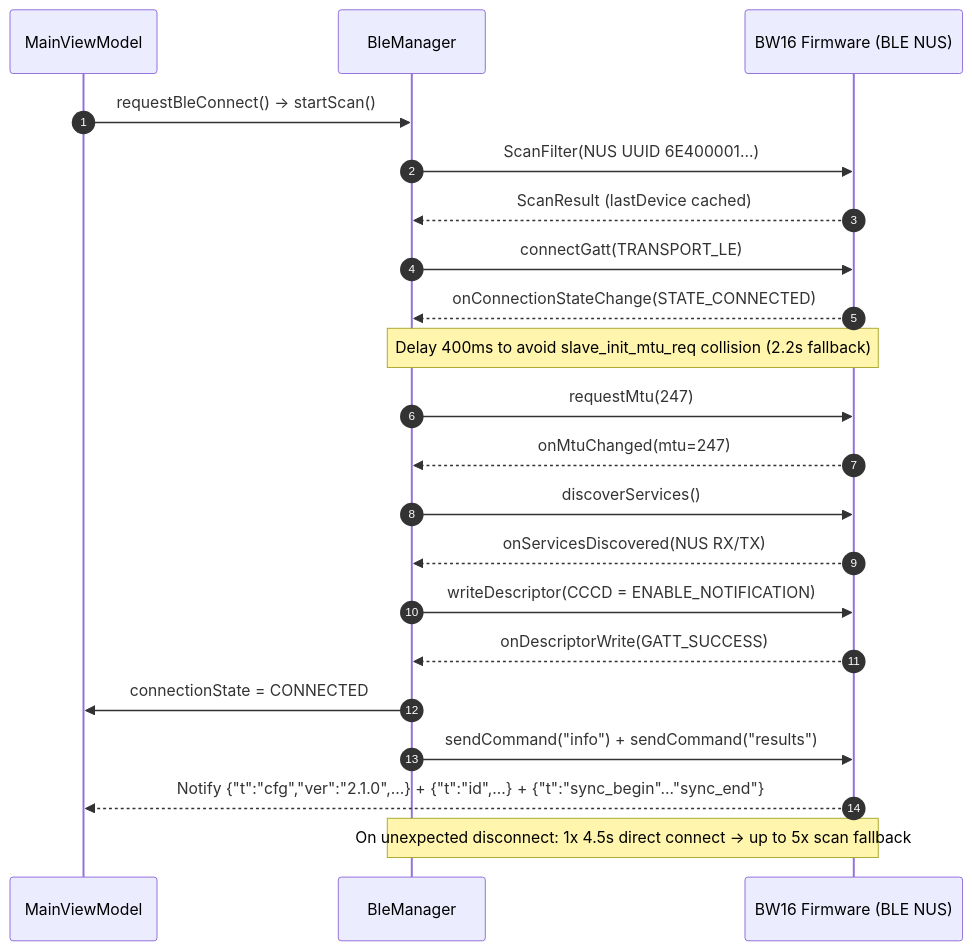
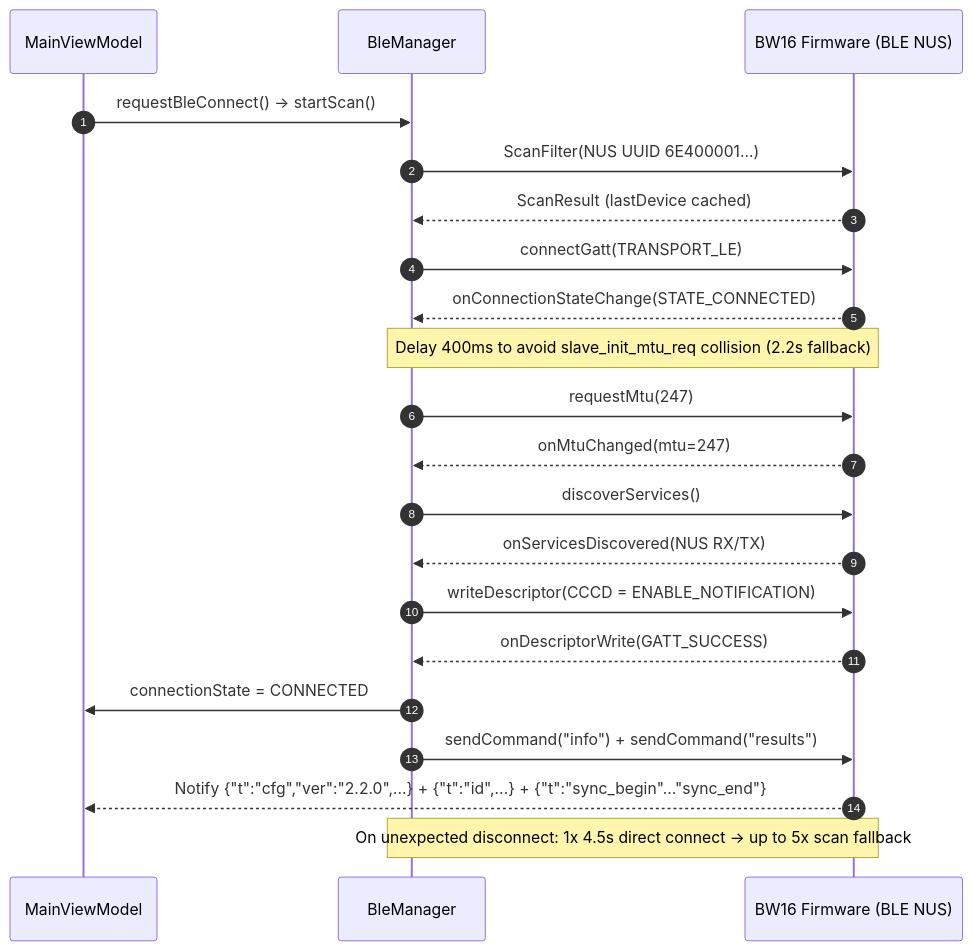
One commit to xiangwen-ctrl/WiFi-Deck changed the second of 2 diagrams in README.md. Above: the diagram before and after it, drawn with Mermaid. The commit also changed other lines of this file and 13 other files, not shown here.

````diff
--- a/README.md
+++ b/README.md
@@ -174,24 +176,24 @@
 ```mermaid
 sequenceDiagram
     autonumber
     participant VM as MainViewModel
     participant BM as BleManager
     participant FW as BW16 Firmware (BLE NUS)
 
     VM->>BM: requestBleConnect() -> startScan()
     BM->>FW: ScanFilter(NUS UUID 6E400001...)
     FW-->>BM: ScanResult (lastDevice cached)
     BM->>FW: connectGatt(TRANSPORT_LE)
     FW-->>BM: onConnectionStateChange(STATE_CONNECTED)
     Note over BM,FW: Delay 400ms to avoid slave_init_mtu_req collision (2.2s fallback)
     BM->>FW: requestMtu(247)
     FW-->>BM: onMtuChanged(mtu=247)
     BM->>FW: discoverServices()
     FW-->>BM: onServicesDiscovered(NUS RX/TX)
     BM->>FW: writeDescriptor(CCCD = ENABLE_NOTIFICATION)
     FW-->>BM: onDescriptorWrite(GATT_SUCCESS)
     BM->>VM: connectionState = CONNECTED
     BM->>FW: sendCommand("info") + sendCommand("results")
-    FW-->>VM: Notify {"t":"cfg","ver":"2.1.0",...} + {"t":"id",...} + {"t":"sync_begin"..."sync_end"}
+    FW-->>VM: Notify {"t":"cfg","ver":"2.2.0",...} + {"t":"id",...} + {"t":"sync_begin"..."sync_end"}
     Note over BM,FW: On unexpected disconnect: 1x 4.5s direct connect -> up to 5x scan fallback
 ```
````
